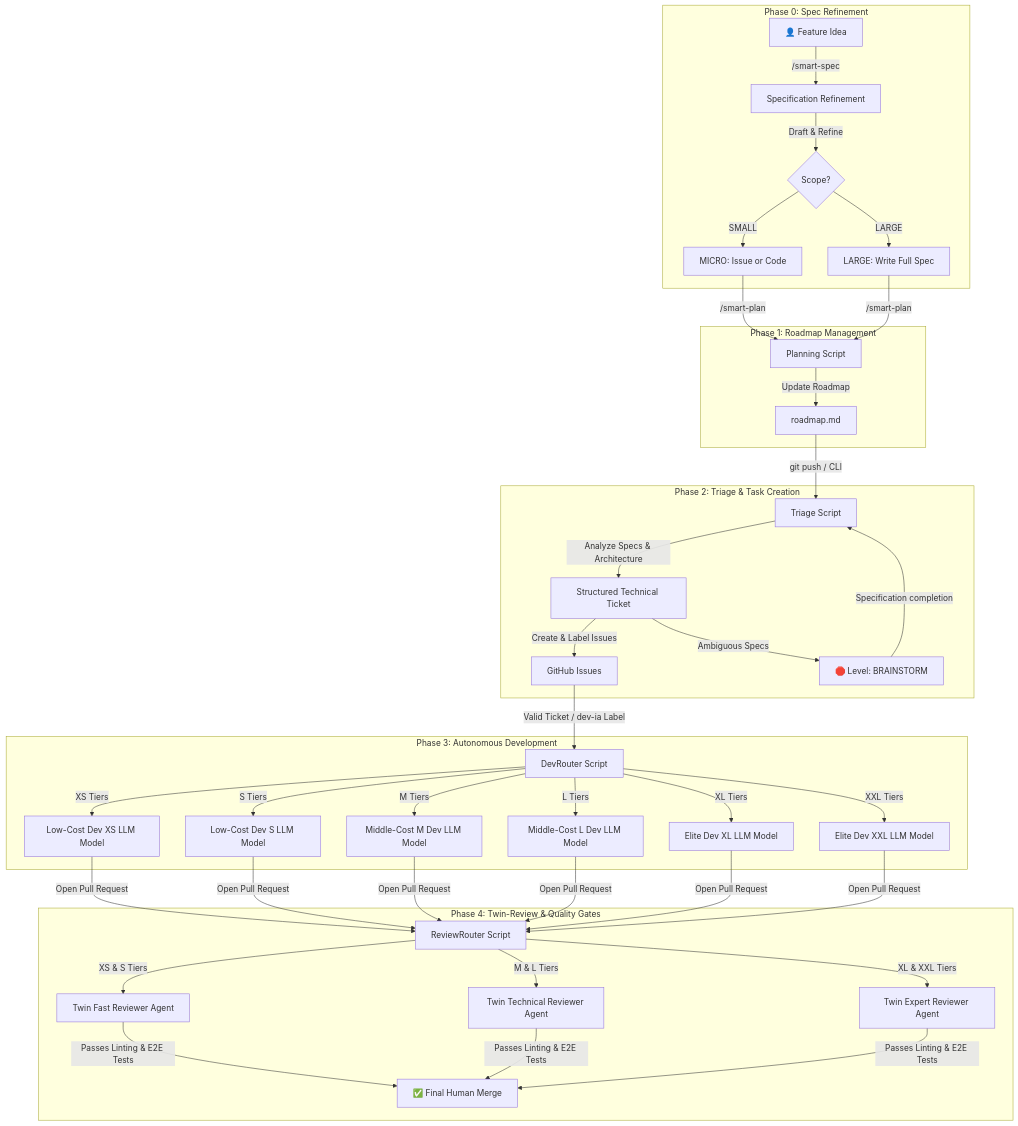
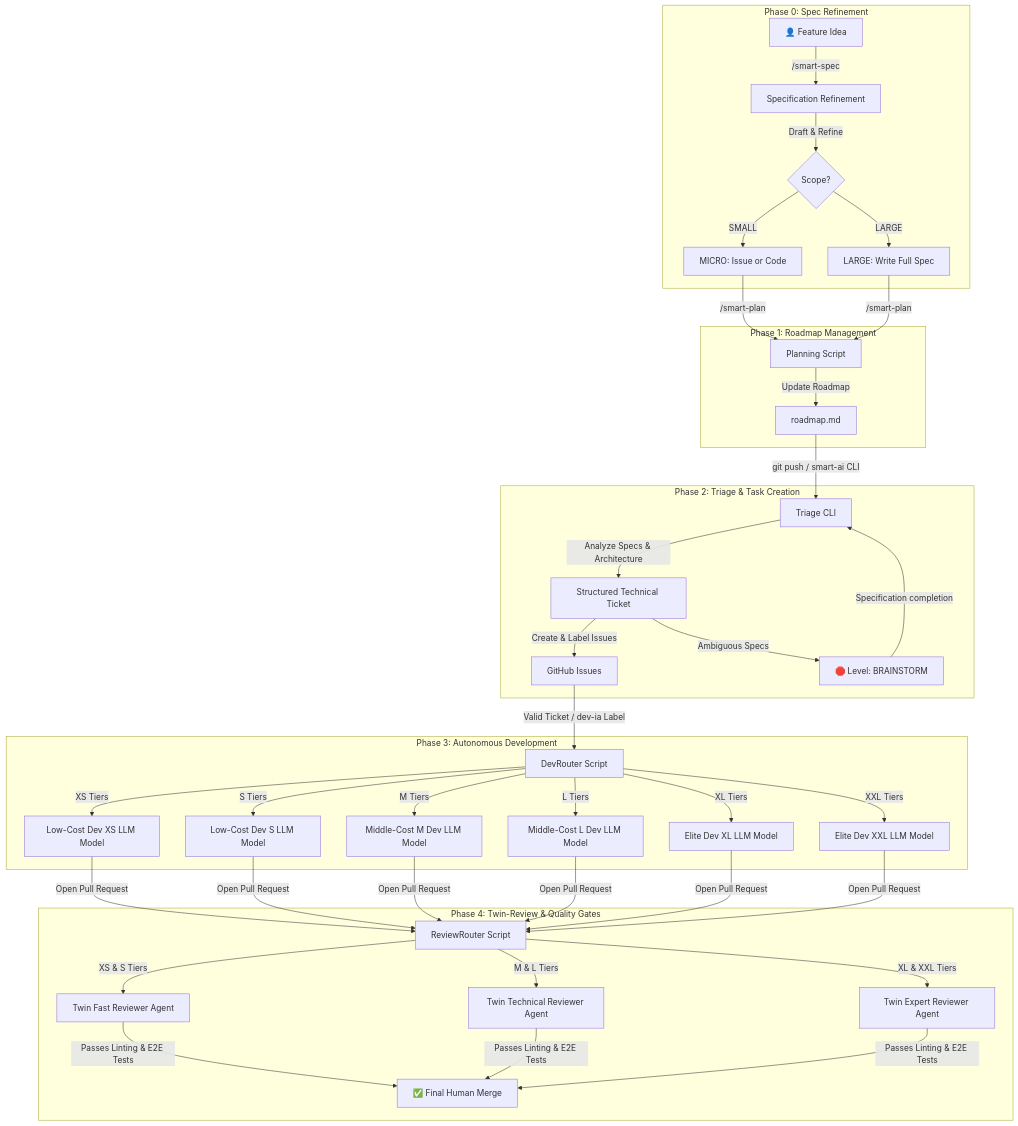
Before and after one commit to fletort/smart-ai-factory: the diagram in README.md, drawn with Mermaid. The commit also changed other lines of this file and 6 other files, not shown here.

````diff
--- a/README.md
+++ b/README.md
@@ -18,50 +18,50 @@
 ```mermaid
 graph TD
     subgraph Phase 0: Spec Refinement
         IDEA["👤 Feature Idea"] -->|/smart-spec| SR[Specification Refinement]
         SR -->|Draft & Refine| CHECK{Scope?}
         CHECK -->|SMALL| CASE12["MICRO: Issue or Code"]
         CHECK -->|LARGE| CASE3["LARGE: Write Full Spec"]
     end
 
     subgraph Phase 1: Roadmap Management
         CASE12 -->|/smart-plan| PLAN[Planning Script]
         CASE3 -->|/smart-plan| PLAN
         PLAN -->|Update Roadmap| RM[roadmap.md]
     end
 
     subgraph Phase 2: Triage & Task Creation
-        RM -->|git push / CLI| TR[Triage Script]
+        RM -->|git push / smart-ai CLI| TR[Triage CLI]
         TR -->|Analyze Specs & Architecture| JSON[Structured Technical Ticket]
         JSON -->|Create & Label Issues| GH[GitHub Issues]
         JSON -->|Ambiguous Specs| BS[🛑 Level: BRAINSTORM]
         BS -->|Specification completion| TR
     end
 
     subgraph Phase 3: Autonomous Development
         GH -->|Valid Ticket / dev-ia Label| DEV[DevRouter Script]
         DEV -->|XS Tiers| XS_DEV[Low-Cost Dev XS LLM Model]
         DEV -->|S Tiers| S_DEV[Low-Cost Dev S LLM Model]
         DEV -->|M Tiers| M_DEV[Middle-Cost M Dev LLM Model]
         DEV -->|L Tiers| L_DEV[Middle-Cost L Dev LLM Model]
         DEV -->|XL Tiers| XL_DEV[Elite Dev XL LLM Model]
         DEV -->|XXL Tiers| XXL_DEV[Elite Dev XXL LLM Model]
     end
 
     subgraph Phase 4: Twin-Review & Quality Gates
         XS_DEV -->|Open Pull Request| REV[ReviewRouter Script]
         S_DEV -->|Open Pull Request| REV
         M_DEV -->|Open Pull Request| REV
         L_DEV -->|Open Pull Request| REV
         XL_DEV -->|Open Pull Request| REV
         XXL_DEV -->|Open Pull Request| REV
 
         REV -->|XS & S Tiers| REV_FAST[Twin Fast Reviewer Agent]
         REV -->|M & L Tiers| REV_TECH[Twin Technical Reviewer Agent]
         REV -->|XL & XXL Tiers| REV_ARCHI[Twin Expert Reviewer Agent]
 
         REV_FAST -->|Passes Linting & E2E Tests| MRG[✅ Final Human Merge]
         REV_TECH -->|Passes Linting & E2E Tests| MRG
         REV_ARCHI -->|Passes Linting & E2E Tests| MRG
     end
 ```
````
